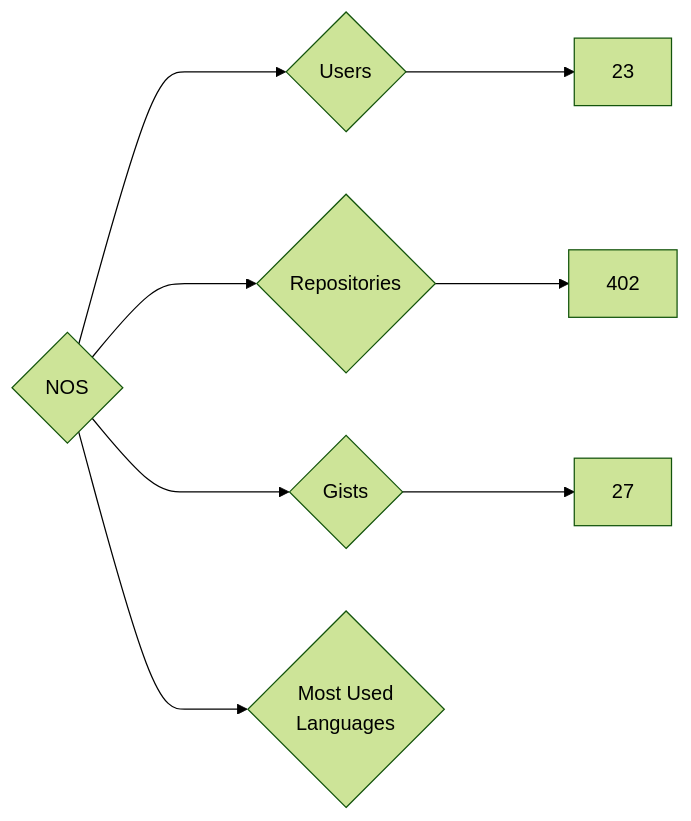
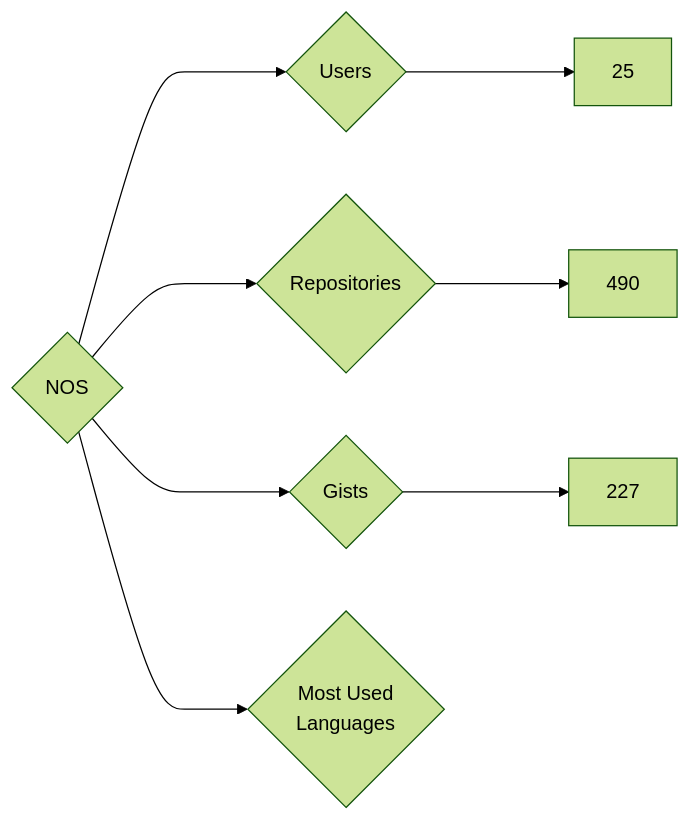
Before and after one commit to nenadzaric/insiders: the diagram in targets/NOS/README.md, drawn with Mermaid (forest theme). The commit also changed 1342 other files, not shown here.

````diff
--- a/targets/NOS/README.md
+++ b/targets/NOS/README.md
@@ -3,8 +3,8 @@
 ```mermaid
 graph LR
 COMPANY_NAME{NOS}
-COMPANY_NAME ---> U{Users} ---> UN[23]
-COMPANY_NAME ---> R{Repositories} ---> RN[402]
-COMPANY_NAME ---> G{Gists} ---> GN[27]
+COMPANY_NAME ---> U{Users} ---> UN[25]
+COMPANY_NAME ---> R{Repositories} ---> RN[490]
+COMPANY_NAME ---> G{Gists} ---> GN[227]
 COMPANY_NAME ---> ML{Most Used<br>Languages}
 ```
````
